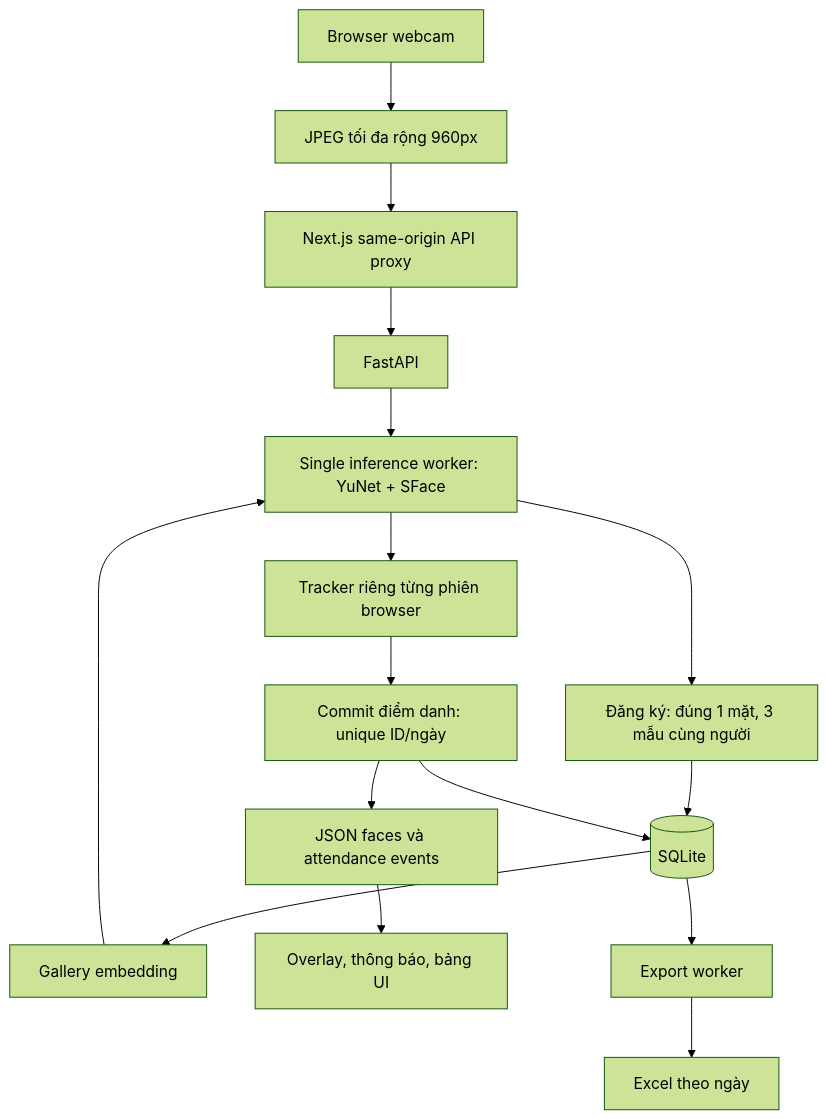
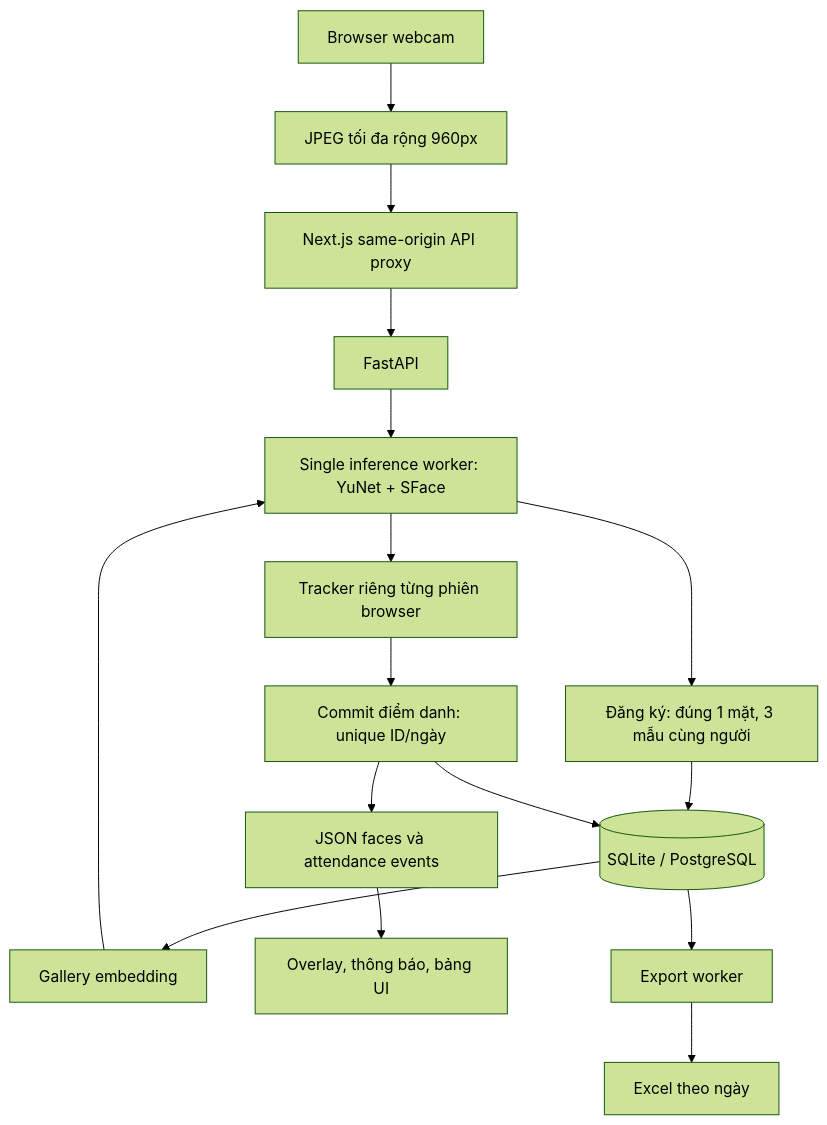
The diagram in docs/ARCHITECTURE.md (AnhNguyen-06/CO2001-KNCN-Assignment), drawn with Mermaid (forest theme) before and after one commit. The commit also changed other lines of this file and 31 other files, not shown here.

Commit message:
Support free Render hosting with Neon PostgreSQL

````diff
--- a/docs/ARCHITECTURE.md
+++ b/docs/ARCHITECTURE.md
@@ -19,18 +19,18 @@
 ```mermaid
 flowchart TD
     CAM[Browser webcam] --> JPEG[JPEG tối đa rộng 960px]
     JPEG --> NEXT[Next.js same-origin API proxy]
     NEXT --> API[FastAPI]
     API --> CV[Single inference worker: YuNet + SFace]
     CV --> REG[Đăng ký: đúng 1 mặt, 3 mẫu cùng người]
-    REG --> DB[(SQLite)]
+    REG --> DB[(SQLite / PostgreSQL)]
     DB --> GAL[Gallery embedding]
     GAL --> CV
     CV --> TRACK[Tracker riêng từng phiên browser]
     TRACK --> SAVE[Commit điểm danh: unique ID/ngày]
     SAVE --> DB
     SAVE --> UI[JSON faces và attendance events]
     UI --> WEB[Overlay, thông báo, bảng UI]
     DB --> EXCEL[Export worker]
     EXCEL --> FILE[Excel theo ngày]
 ```
````
